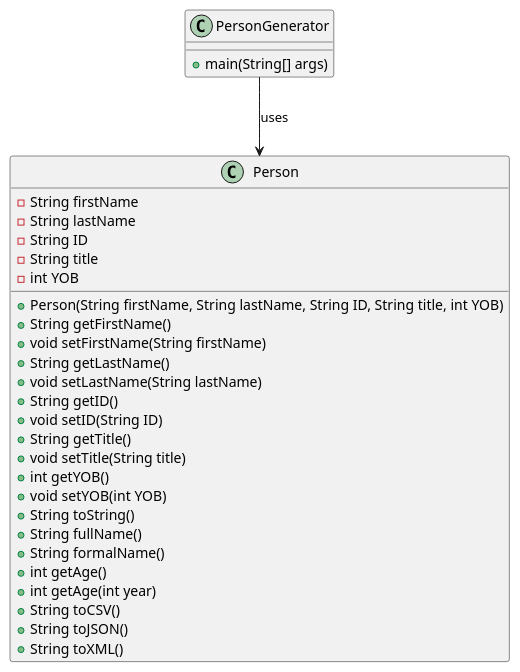
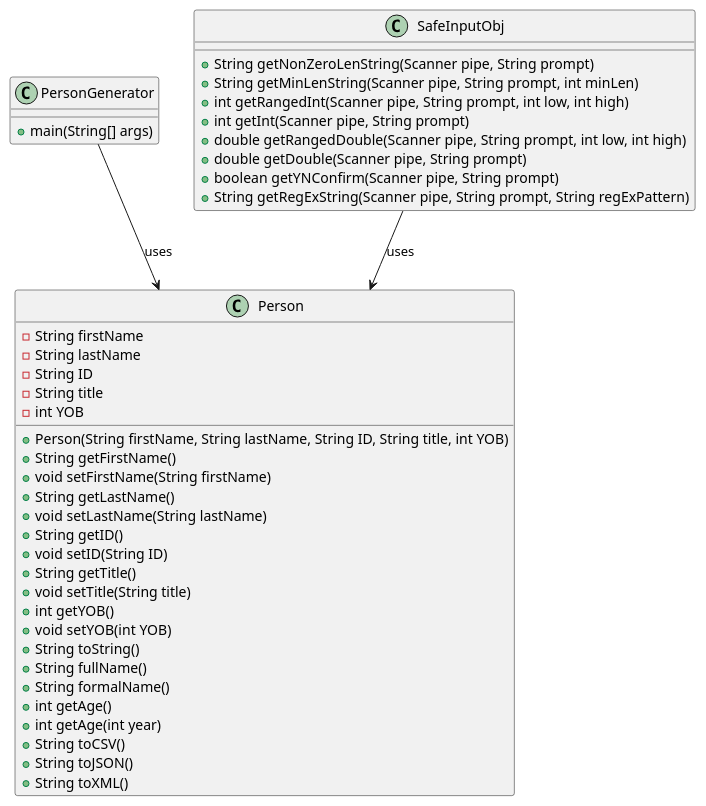
Before and after one commit to KingScotty/Person: the diagram in src/UML.puml, drawn with PlantUML.

Commit message:
updated UML diagram to have SafeInputObj. This is some arcane stuff

```diff
--- a/src/UML.puml
+++ b/src/UML.puml
@@ -1,34 +1,46 @@
 @startuml
 class Person {
     -String firstName
     -String lastName
     -String ID
     -String title
     -int YOB
     +Person(String firstName, String lastName, String ID, String title, int YOB)
     +String getFirstName()
     +void setFirstName(String firstName)
     +String getLastName()
     +void setLastName(String lastName)
     +String getID()
     +void setID(String ID)
     +String getTitle()
     +void setTitle(String title)
     +int getYOB()
     +void setYOB(int YOB)
     +String toString()
     +String fullName()
     +String formalName()
     +int getAge()
     +int getAge(int year)
     +String toCSV()
     +String toJSON()
     +String toXML()
 }
 
 class PersonGenerator {
     +main(String[] args)
 }
 
+class SafeInputObj {
+    +String getNonZeroLenString(Scanner pipe, String prompt)
+    +String getMinLenString(Scanner pipe, String prompt, int minLen)
+    +int getRangedInt(Scanner pipe, String prompt, int low, int high)
+    +int getInt(Scanner pipe, String prompt)
+    +double getRangedDouble(Scanner pipe, String prompt, int low, int high)
+    +double getDouble(Scanner pipe, String prompt)
+    +boolean getYNConfirm(Scanner pipe, String prompt)
+    +String getRegExString(Scanner pipe, String prompt, String regExPattern)
+}
+
 PersonGenerator --> Person : uses
+SafeInputObj --> Person : uses
 @enduml
```
